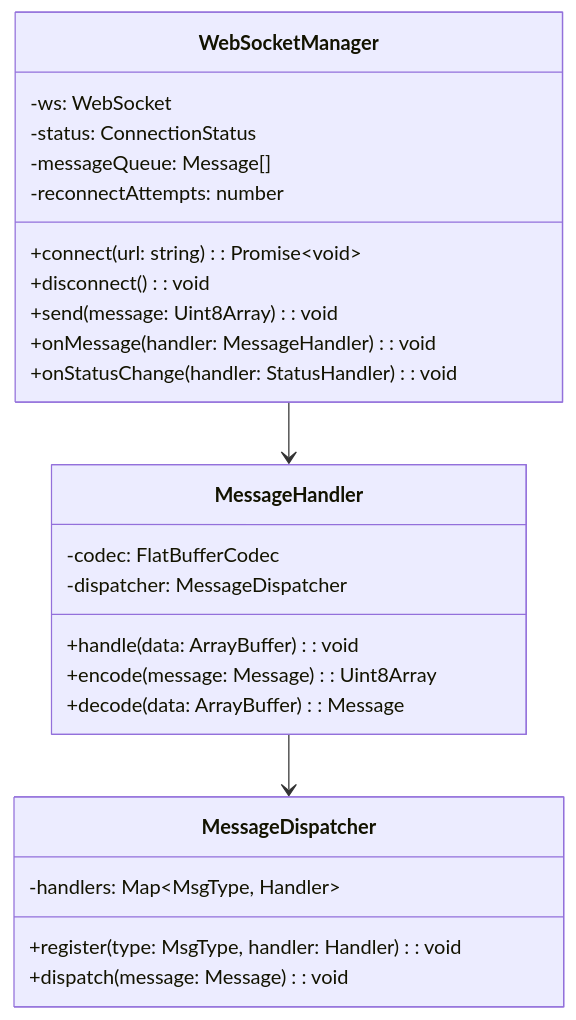
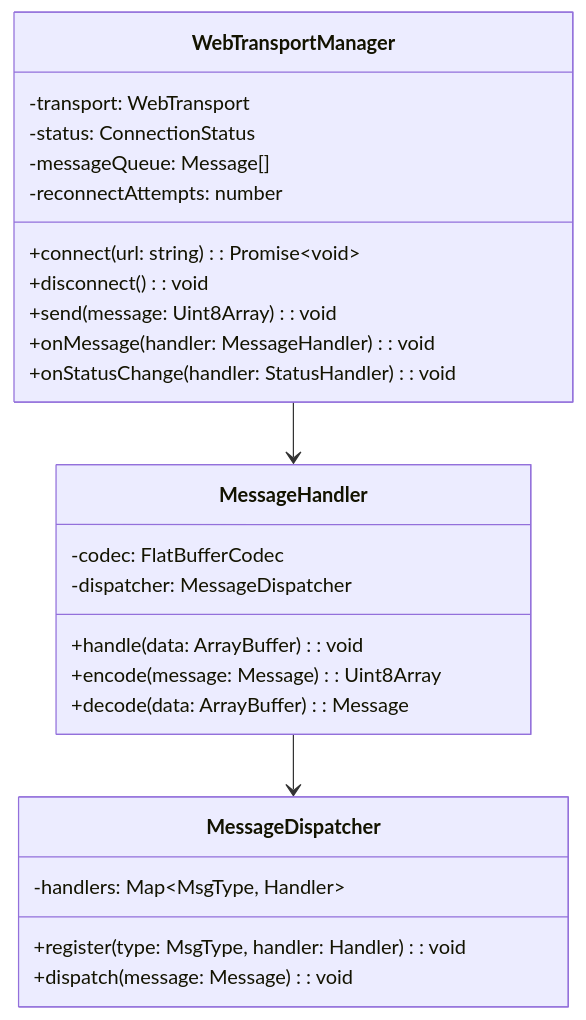
One commit to zhwillwintheworld/im-go changed the second of 8 diagrams in docs/web-client-architecture.md. Above: the diagram before and after it, drawn with Mermaid. The commit also changed other lines of this file and 87 other files, not shown here.

````diff
--- a/docs/web-client-architecture.md
+++ b/docs/web-client-architecture.md
@@ -163,31 +163,31 @@
 ```mermaid
 classDiagram
-    class WebSocketManager {
-        -ws: WebSocket
+    class WebTransportManager {
+        -transport: WebTransport
         -status: ConnectionStatus
         -messageQueue: Message[]
         -reconnectAttempts: number
         +connect(url: string): Promise~void~
         +disconnect(): void
         +send(message: Uint8Array): void
         +onMessage(handler: MessageHandler): void
         +onStatusChange(handler: StatusHandler): void
     }
 
     class MessageHandler {
         -codec: FlatBufferCodec
         -dispatcher: MessageDispatcher
         +handle(data: ArrayBuffer): void
         +encode(message: Message): Uint8Array
         +decode(data: ArrayBuffer): Message
     }
 
     class MessageDispatcher {
         -handlers: Map~MsgType, Handler~
         +register(type: MsgType, handler: Handler): void
         +dispatch(message: Message): void
     }
 
-    WebSocketManager --> MessageHandler
+    WebTransportManager --> MessageHandler
     MessageHandler --> MessageDispatcher
 ```
````
